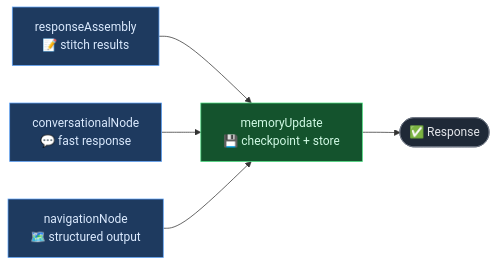
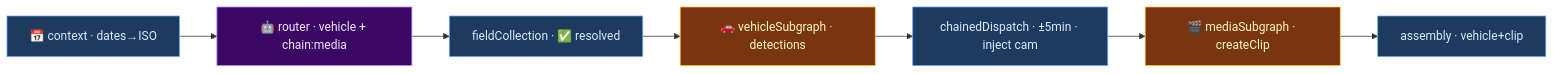
One commit to dr1tch/dr1tch-presentations changed the seventh of 7 diagrams in decks/copilot.md. Above: the diagram before and after it, drawn with Mermaid. The commit also changed other lines of this file, not shown here.

````diff
--- a/decks/copilot.md
+++ b/decks/copilot.md
@@ -475,16 +544,16 @@
-```mermaid {scale: 0.8}
+```mermaid {scale: 0.45}
 flowchart LR
-    RA["responseAssembly\n📝 stitch results"]:::process
-    CN["conversationalNode\n💬 fast response"]:::process
-    NV["navigationNode\n🗺️ structured output"]:::process
-    MU["memoryUpdate\n💾 checkpoint + store"]:::success
-    OUT(["✅ Response"]):::input
+    CE["📅 context · dates→ISO"]:::process
+    RT["🤖 router · vehicle + chain:media"]:::llm
+    FC["fieldCollection · ✅ resolved"]:::process
+    VS["🚗 vehicleSubgraph · detections"]:::agent
+    CD["chainedDispatch · ±5min · inject cam"]:::process
+    MS["🎬 mediaSubgraph · createClip"]:::agent
+    RA["assembly · vehicle+clip"]:::process
 
-    RA --> MU --> OUT
-    CN --> MU
-    NV --> MU
+    CE --> RT --> FC --> VS --> CD --> MS --> RA
 
-    classDef input    fill:#1f2937,stroke:#6b7280,color:#e5e7eb
     classDef process  fill:#1e3a5f,stroke:#60a5fa,color:#dbeafe
-    classDef success  fill:#14532d,stroke:#4ade80,color:#d1fae5
+    classDef llm      fill:#3b0764,stroke:#c084fc,color:#f3e8ff
+    classDef agent    fill:#78350f,stroke:#fbbf24,color:#fef9c3
 ```
````
